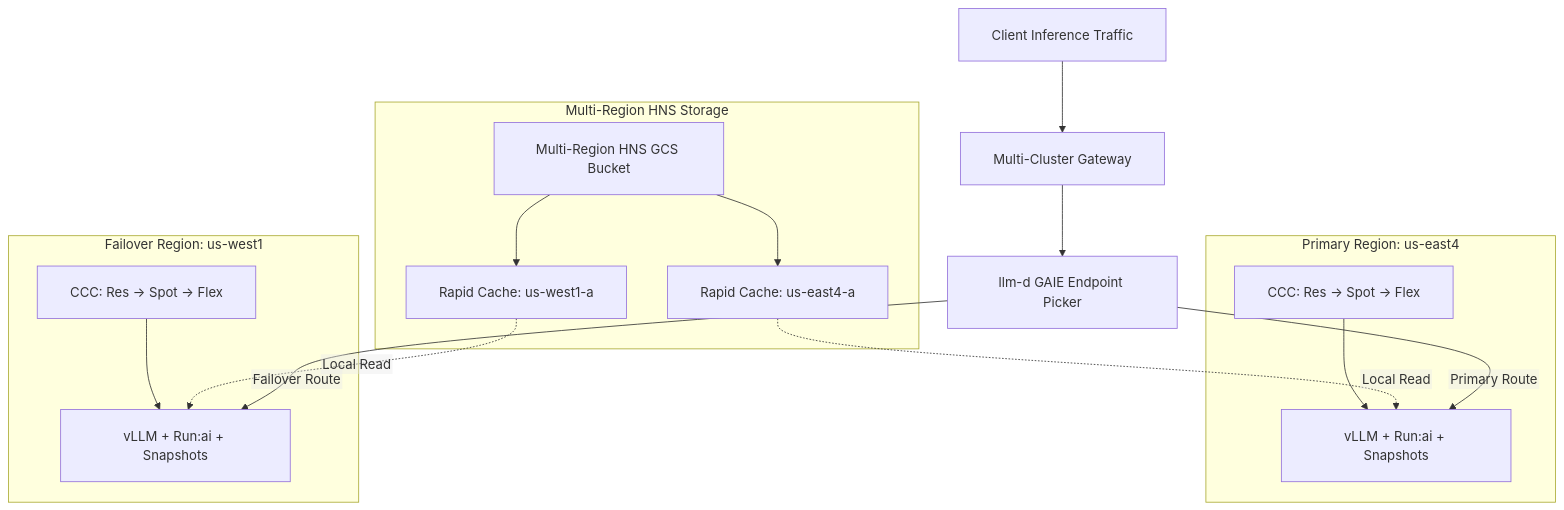
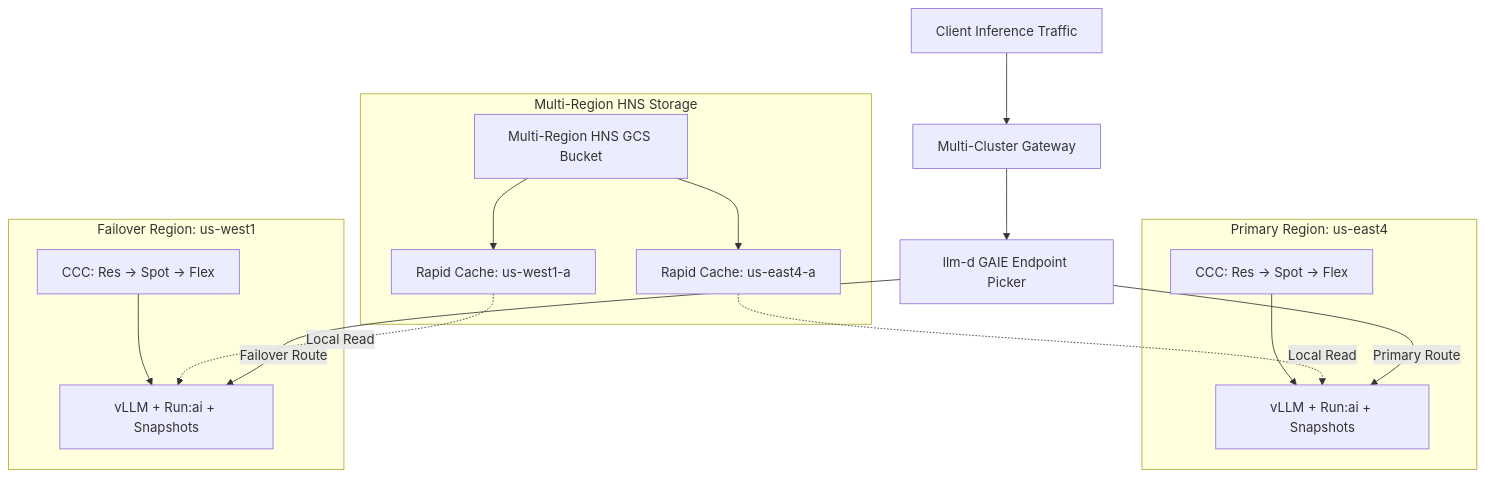
Before and after one commit to GoogleCloudPlatform/accelerated-platforms: the second of 2 diagrams in docs/platforms/gke/base/use-cases/inference-ref-arch/poc-capacity-and-rapid-deployment-guide.md, drawn with Mermaid. The commit also changed other lines of this file, not shown here.

Commit message:
docs(inference-ref-arch): fix clipped text in PoC guide Mermaid diagrams (#586)

````diff
--- a/docs/platforms/gke/base/use-cases/inference-ref-arch/poc-capacity-and-rapid-deployment-guide.md
+++ b/docs/platforms/gke/base/use-cases/inference-ref-arch/poc-capacity-and-rapid-deployment-guide.md
@@ -646,31 +645,30 @@
 ```mermaid
-%%{init: {"flowchart": {"htmlLabels": false, "padding": 20}, "themeVariables": {"fontFamily": "sans-serif"}}}%%
 flowchart TD
   Client["Client Inference Traffic"] --> MCG["Multi-Cluster Gateway"]
   MCG --> EPP["llm-d GAIE Endpoint Picker"]
 
   subgraph Storage["Multi-Region HNS Storage"]
     GCS["Multi-Region HNS GCS Bucket"]
     RC1["Rapid Cache: us-east4-a"]
     RC2["Rapid Cache: us-west1-a"]
     GCS --> RC1
     GCS --> RC2
   end
 
   subgraph Ring1["Primary Region: us-east4"]
     CCC1["CCC: Res -> Spot -> Flex"]
     VLLM1["vLLM + Run:ai + Snapshots"]
     CCC1 --> VLLM1
   end
 
   subgraph Ring2["Failover Region: us-west1"]
     CCC2["CCC: Res -> Spot -> Flex"]
     VLLM2["vLLM + Run:ai + Snapshots"]
     CCC2 --> VLLM2
   end
 
   RC1 -.->|"Local Read"| VLLM1
   RC2 -.->|"Local Read"| VLLM2
   EPP -->|"Primary Route"| VLLM1
   EPP -->|"Failover Route"| VLLM2
 ```
````
